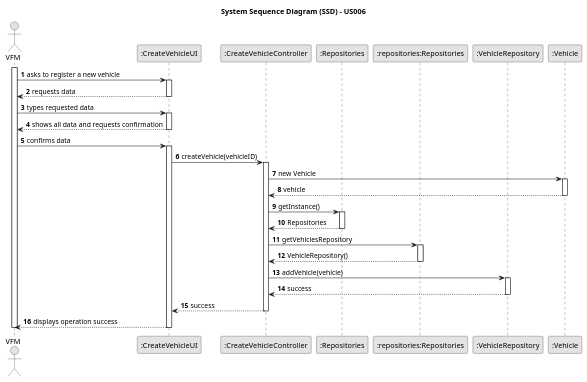
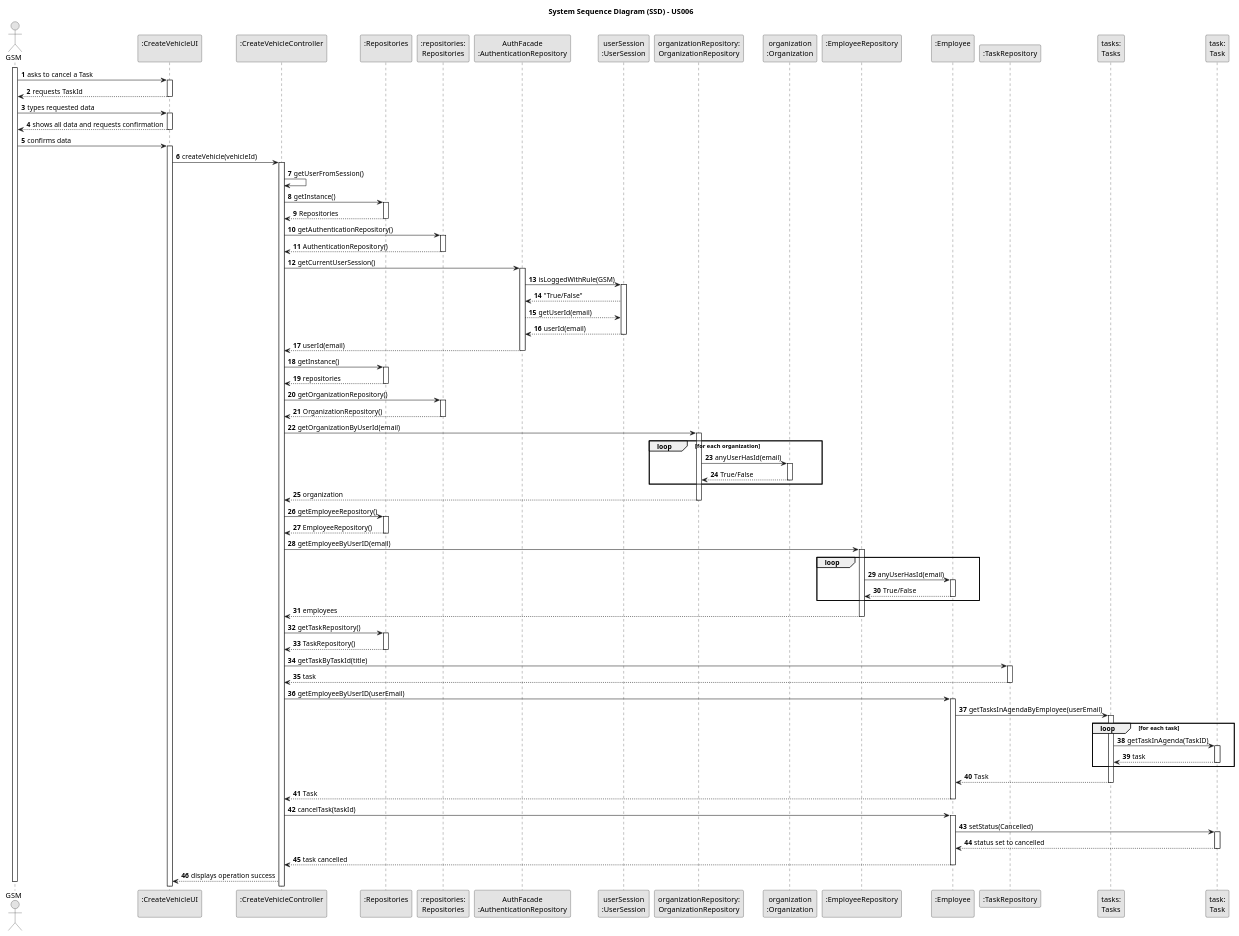
Before and after one commit to Mendoncaa/LAPR2: the diagram in docs/sprintC/us0025/03.design/puml/us25-sequence-diagram-full.puml, drawn with PlantUML. The commit also changed 9 other files, not shown here.

```diff
--- a/docs/sprintC/us0025/03.design/puml/us25-sequence-diagram-full.puml
+++ b/docs/sprintC/us0025/03.design/puml/us25-sequence-diagram-full.puml
@@ -7,61 +7,182 @@
 
 title System Sequence Diagram (SSD) - US006
 
-actor "VFM" as ADM
+actor "GSM" as GSM
 
-participant ":CreateVehicleUI" as UI
-participant ":CreateVehicleController" as CTRL
-participant ":Repositories" as SR
-participant ":repositories:Repositories" as RR
-participant ":VehicleRepository" as VR
-participant ":Vehicle" as VEHICLE
+participant ":CreateVehicleUI\n" as UI
+participant ":CreateVehicleController\n" as CTRL
+participant ":Repositories\n" as SR
+participant ":repositories:\nRepositories" as RR
+participant "AuthFacade\n:AuthenticationRepository" as AUTHREP
+participant "userSession\n:UserSession" as USER
+participant "organizationRepository:\nOrganizationRepository" as OR
+participant "organization\n:Organization" as ORG
+participant ":EmployeeRepository\n" as ER
+participant ":Employee\n" as E
+participant ":TaskRepository" as TR
+participant "tasks:\nTasks" as TASKS
+participant "task:\nTask" as TASK
 
-activate ADM
 
-    ADM -> UI : asks to register a new vehicle
+activate GSM
 
+'1
+    GSM -> UI : asks to cancel a Task
     activate UI
-        UI --> ADM : requests data
+'2
+        UI --> GSM : requests TaskId
     deactivate UI
+'3
+    GSM -> UI : types requested data
+    activate UI
+'4
+        UI --> GSM : shows all data and requests confirmation
+    deactivate UI
+'5
+    GSM -> UI : confirms data
+    activate UI
+'6
+        UI -> CTRL : createVehicle(vehicleId)
+        activate CTRL
 
-    ADM -> UI : types requested data
-    activate UI
-        UI --> ADM : shows all data and requests confirmation
-    deactivate UI
 
-    ADM -> UI : confirms data
-    activate UI
-        UI -> CTRL : createVehicle(vehicleID)
-        activate CTRL
-        CTRL -> VEHICLE : new Vehicle
-            activate VEHICLE
-                VEHICLE --> CTRL : vehicle
-            deactivate VEHICLE
+'7
+        CTRL -> CTRL : getUserFromSession()
+'8
+        CTRL -> SR : getInstance()
+        activate SR
+'9
+        CTRL <-- SR : Repositories
+        deactivate SR
+'10
+        CTRL -> RR : getAuthenticationRepository()
+
+        activate RR
+'11
+        CTRL <-- RR : AuthenticationRepository()
+        deactivate RR
+
+
+'12
+        CTRL -> AUTHREP : getCurrentUserSession()
+
+        activate AUTHREP
+
+
+
+'13
+        AUTHREP -> USER : isLoggedWithRule(GSM)
+
+        activate USER
+'14
+        AUTHREP <-- USER : "True/False"
+
+        AUTHREP --> USER : getUserId(email)
+'16
+        AUTHREP <-- USER : userId(email)
+        deactivate USER
+'17
+        CTRL <-- AUTHREP : userId(email)
+        deactivate AUTHREP
+
+
+
             CTRL -> SR : getInstance()
+            activate SR
+                SR --> CTRL : repositories
+            deactivate SR
+            CTRL -> RR : getOrganizationRepository()
+            activate RR
+                RR --> CTRL : OrganizationRepository()
+            deactivate RR
+'22
+            CTRL -> OR : getOrganizationByUserId(email)
+            activate OR
+                loop for each organization
+                    OR -> ORG : anyUserHasId(email)
+                    activate ORG
+'24
+                        ORG --> OR : True/False
+                    deactivate ORG
+                end loop
+'25
+                OR --> CTRL : organization
+            deactivate OR
 
+'26
+           CTRL -> SR : getEmployeeRepository()
             activate SR
-                SR --> CTRL : Repositories
+'27
+            CTRL <-- SR : EmployeeRepository()
             deactivate SR
-                CTRL -> RR : getVehiclesRepository
-            activate RR
-                RR --> CTRL : VehicleRepository()
-            deactivate RR
-                CTRL -> VR : addVehicle(vehicle)
-            activate VR
-                VR --> CTRL : success
-            deactivate VR
+'28
+            CTRL -> ER : getEmployeeByUserID(email)
+            activate ER
+            loop
+                ER -> E : anyUserHasId(email)
+                activate E
+                E --> ER : True/False
+                deactivate E
+            end
+'31
+            ER --> CTRL : employees
+            deactivate ER
+'32
+            CTRL -> SR : getTaskRepository()
+            activate SR
+                SR --> CTRL : TaskRepository()
+            deactivate SR
+            CTRL -> TR : getTaskByTaskId(title)
+            activate TR
+                TR --> CTRL : task
+            deactivate TR
 
-            CTRL --> UI : success
-        deactivate CTRL
-        UI --> ADM : displays operation success
-    deactivate UI
+            CTRL -> E : getEmployeeByUserID(userEmail)
+            activate E
+                E -> TASKS : getTasksInAgendaByEmployee(userEmail)
+                activate TASKS
+                    loop for each task
+                    TASKS -> TASK : getTaskInAgenda(TaskID)
 
-deactivate ADM
+                    activate TASK
+                        TASK --> TASKS : task
+
+                    deactivate TASK
+                    end loop
+'40
+                    TASKS --> E : Task
+                deactivate TASKS
+'41
+                E --> CTRL : Task
+            deactivate E
+
+'42
+            CTRL -> E : cancelTask(taskId)
+
+
+                activate E
+                    E -> TASK : setStatus(Cancelled)
+                    activate TASK
+                        TASK --> E: status set to cancelled
+                    deactivate TASK
+                    E --> CTRL: task cancelled
+                deactivate E
+
+
+            CTRL --> UI : displays operation success
+
+
+
+
+
+
+
+deactivate GSM
 
 
 '
 ''hide footbox
-''actor "Organization Employee" as ADM
+''actor "Organization Employee" as GSM
 'participant ":CreateTaskUI" as UI
 'participant ":CreateTaskController" as CTRL
 'participant ":Repositories" as RepositorySingleton
@@ -74,13 +195,13 @@
 'participant "organization\n:Organization" as ORG
 'participant "task\n:Task" as TAREFA
 '
-'activate ADM
+'activate GSM
 '
-'        ADM -> UI : asks to create a new task
+'        GSM -> UI : asks to create a new task
 '
 '        activate UI
 '
-''            UI --> ADM : requests data (reference, description,  informal \n description, technical description, duration, cost)
+''            UI --> GSM : requests data (reference, description,  informal \n description, technical description, duration, cost)
 '            'create CTRL
 '            UI -> CTRL** : create
 '
@@ -108,22 +229,22 @@
 '                CTRL --> UI : taskCategoryList
 '            deactivate CTRL
 '
-'            UI --> ADM : shows task category list\n and asks to sleect one
+'            UI --> GSM : shows task category list\n and asks to sleect one
 '        deactivate UI
 '
-'    ADM -> UI : selects a task category
+'    GSM -> UI : selects a task category
 '    activate UI
 '
-'        UI --> ADM : requests data
+'        UI --> GSM : requests data
 '    deactivate UI
 '
-'    ADM -> UI : types requested data (reference, description, \ninformal description, technical description,\nduration, cost)
+'    GSM -> UI : types requested data (reference, description, \ninformal description, technical description,\nduration, cost)
 '    activate UI
 '
-'        UI --> ADM : shows selected category and requested data
+'        UI --> GSM : shows selected category and requested data
 '    deactivate UI
 '
-'    ADM -> UI : submits data
+'    GSM -> UI : submits data
 '    activate UI
 '
 '        UI -> CTRL : createTask(reference,\ndescription,\ninformalDescription,\ntechnicalDescription,\nduration, cost,\ntaskCategoryDescription)
@@ -227,9 +348,9 @@
 '
 '            CTRL --> UI: task
 '            deactivate CTRL
-'            UI --> ADM: displays operation success
+'            UI --> GSM: displays operation success
 '    deactivate UI
 '
-'deactivate ADM
+'deactivate GSM
 
 @enduml
```
